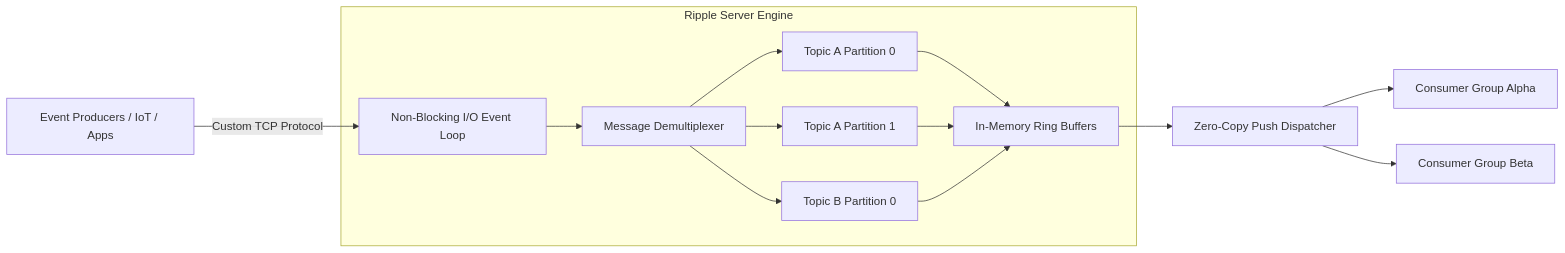
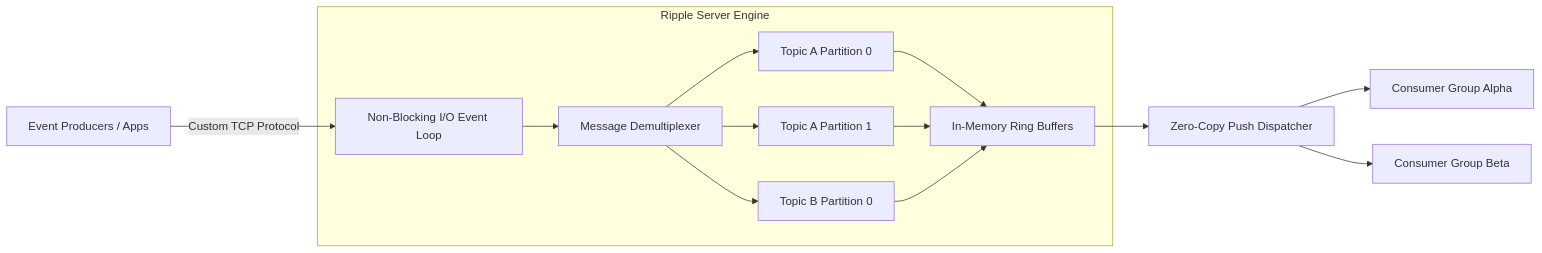
One commit to nagarajpoojari404/opennotes changed the diagram in content/projects/ripple.md. Above: the diagram before and after it, drawn with Mermaid. The commit also changed 9 other files, not shown here.

````diff
--- a/content/projects/ripple.md
+++ b/content/projects/ripple.md
@@ -18,19 +18,19 @@
 ```mermaid
 flowchart LR
-    Producer[Event Producers / IoT / Apps] -->|Custom TCP Protocol| EventLoop[Non-Blocking I/O Event Loop]
+    Producer["Event Producers / Apps"] -->|"Custom TCP Protocol"| EventLoop["Non-Blocking I/O Event Loop"]
     
-    subgraph RippleCore [Ripple Server Engine]
-        EventLoop --> Demux[Message Demultiplexer]
-        Demux --> TopicA[Topic A Partition 0]
-        Demux --> TopicB[Topic A Partition 1]
-        Demux --> TopicC[Topic B Partition 0]
+    subgraph RippleCore["Ripple Server Engine"]
+        EventLoop --> Demux["Message Demultiplexer"]
+        Demux --> TopicA["Topic A Partition 0"]
+        Demux --> TopicB["Topic A Partition 1"]
+        Demux --> TopicC["Topic B Partition 0"]
         
-        TopicA --> MemRing[In-Memory Ring Buffers]
+        TopicA --> MemRing["In-Memory Ring Buffers"]
         TopicB --> MemRing
         TopicC --> MemRing
     end
     
-    MemRing --> PushStream[Zero-Copy Push Dispatcher]
-    PushStream --> Consumer1[Consumer Group Alpha]
-    PushStream --> Consumer2[Consumer Group Beta]
+    MemRing --> PushStream["Zero-Copy Push Dispatcher"]
+    PushStream --> Consumer1["Consumer Group Alpha"]
+    PushStream --> Consumer2["Consumer Group Beta"]
 ```
````
